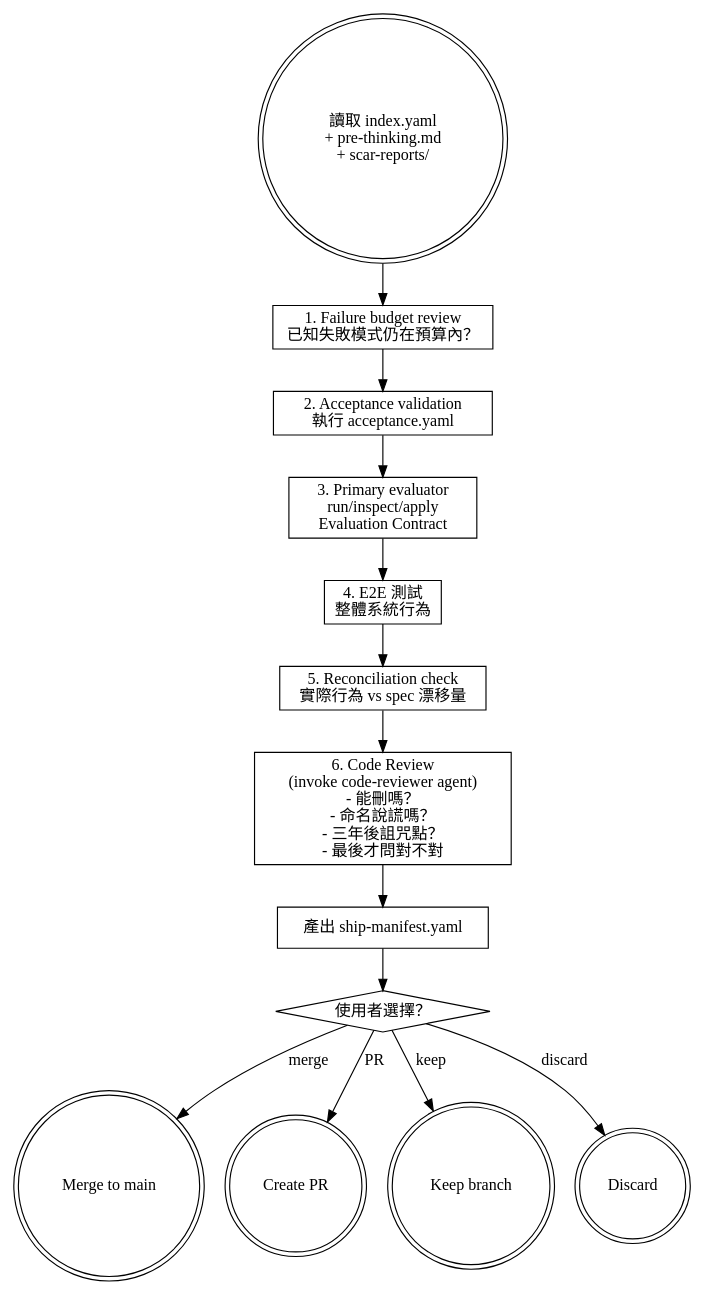
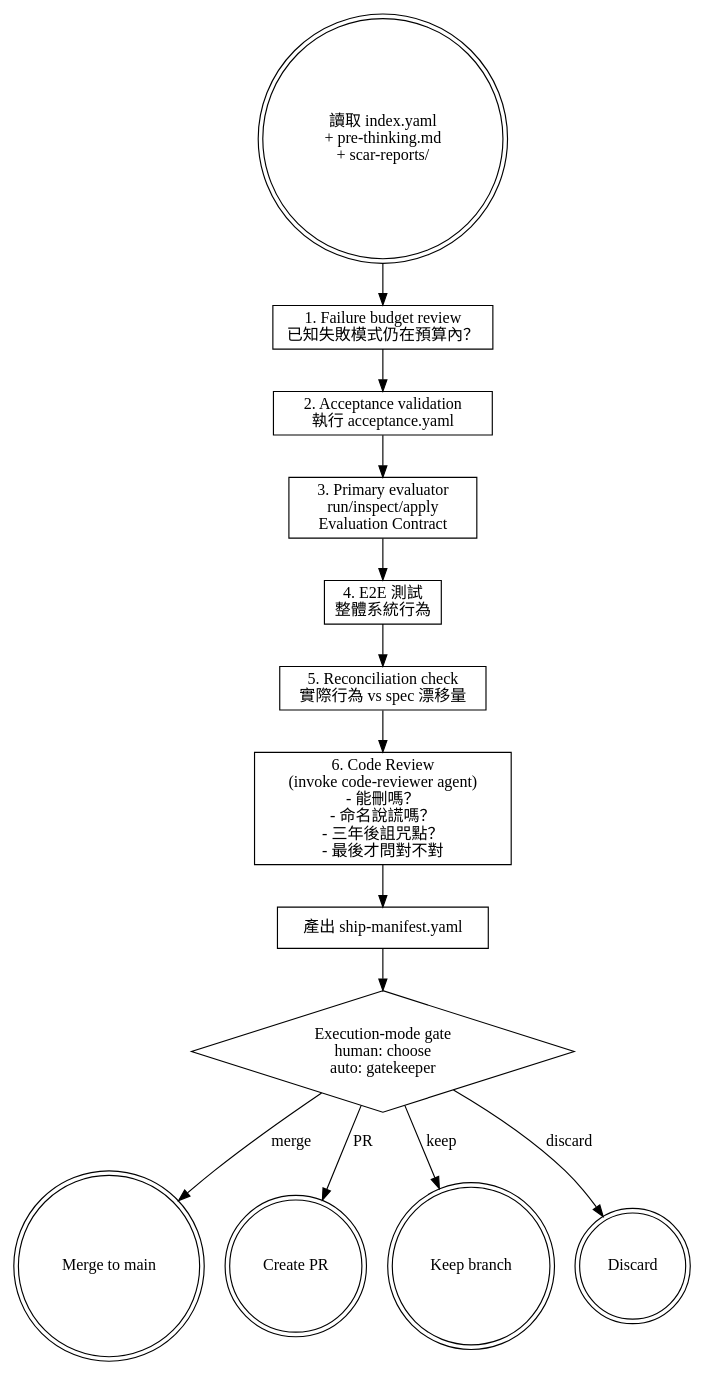
The diagram in skills/validate-and-ship/SKILL.md (roymondliao/samsara), drawn with Graphviz before and after one commit. The commit also changed other lines of this file and 66 other files, not shown here.

````diff
--- a/skills/validate-and-ship/SKILL.md
+++ b/skills/validate-and-ship/SKILL.md
@@ -22,32 +22,32 @@
 ```dot
 digraph validate_and_ship {
     node [shape=box];
 
     start [label="讀取 index.yaml\n+ pre-thinking.md\n+ scar-reports/" shape=doublecircle];
     failure_budget [label="1. Failure budget review\n已知失敗模式仍在預算內？"];
     acceptance [label="2. Acceptance validation\n執行 acceptance.yaml"];
     primary_eval [label="3. Primary evaluator\nrun/inspect/apply\nEvaluation Contract"];
     e2e [label="4. E2E 測試\n整體系統行為"];
     reconciliation [label="5. Reconciliation check\n實際行為 vs spec 漂移量"];
     code_review [label="6. Code Review\n(invoke code-reviewer agent)\n- 能刪嗎？\n- 命名說謊嗎？\n- 三年後詛咒點？\n- 最後才問對不對"];
     ship [label="產出 ship-manifest.yaml"];
-    choose [label="使用者選擇？" shape=diamond];
+    choose [label="Execution-mode gate\nhuman: choose\nauto: gatekeeper" shape=diamond];
     merge [label="Merge to main" shape=doublecircle];
     pr [label="Create PR" shape=doublecircle];
     keep [label="Keep branch" shape=doublecircle];
     discard [label="Discard" shape=doublecircle];
 
     start -> failure_budget;
     failure_budget -> acceptance;
     acceptance -> primary_eval;
     primary_eval -> e2e;
     e2e -> reconciliation;
     reconciliation -> code_review;
     code_review -> ship;
     ship -> choose;
     choose -> merge [label="merge"];
     choose -> pr [label="PR"];
     choose -> keep [label="keep"];
     choose -> discard [label="discard"];
 }
 ```
````
